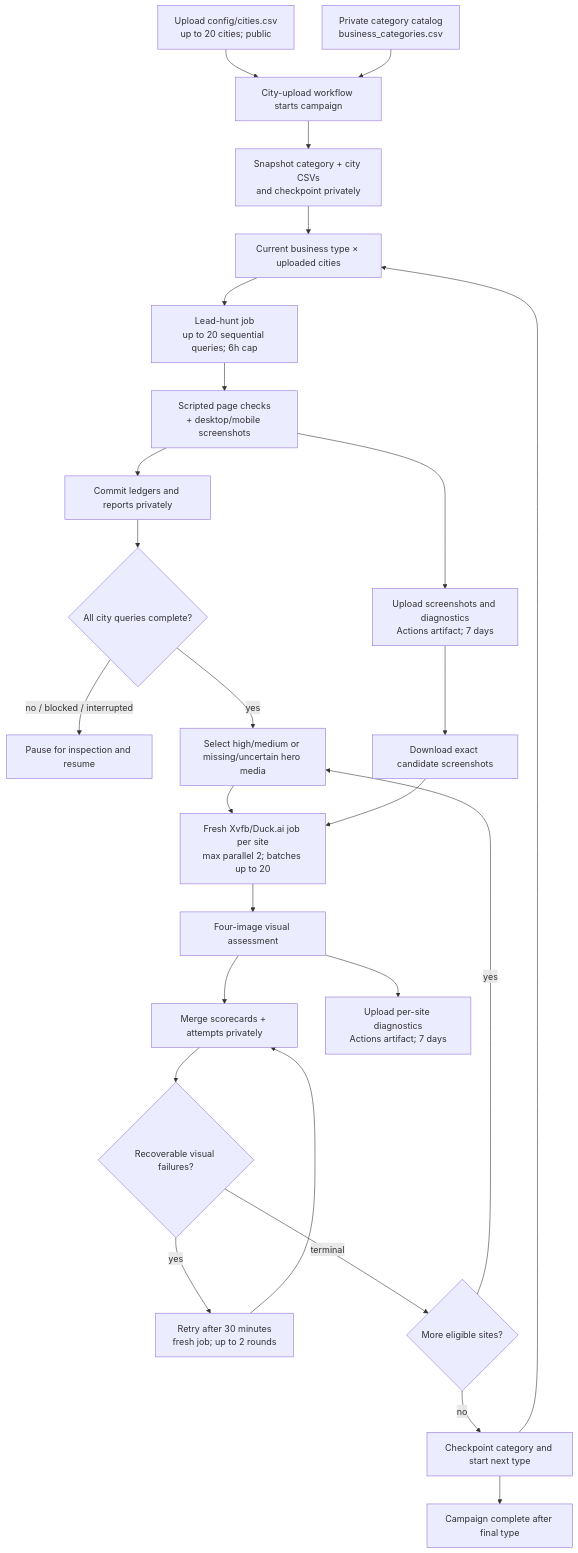
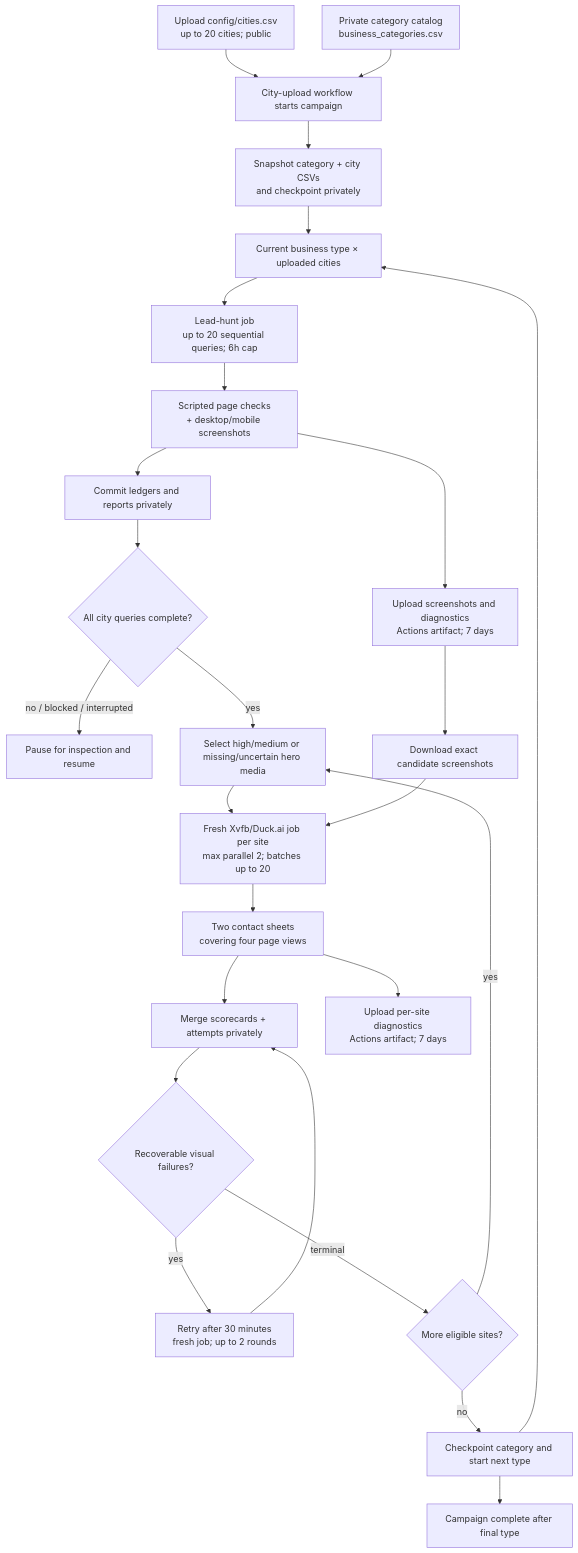
One commit to hometownredesignsites/website-lead-hunting changed the diagram in README.md. Above: the diagram before and after it, drawn with Mermaid. The commit also changed other lines of this file and 7 other files, not shown here.

Commit message:
Send Duck.ai two labeled screenshot sheets

````diff
--- a/README.md
+++ b/README.md
@@ -32,28 +32,28 @@
 ```mermaid
 flowchart TD
     A[Upload config/cities.csv<br/>up to 20 cities; public] --> B[City-upload workflow starts campaign]
     C[Private category catalog<br/>business_categories.csv] --> B
     B --> D[Snapshot category + city CSVs<br/>and checkpoint privately]
     D --> E[Current business type × uploaded cities]
     E --> F[Lead-hunt job<br/>up to 20 sequential queries; 6h cap]
     F --> G[Scripted page checks<br/>+ desktop/mobile screenshots]
     G --> H[Commit ledgers and reports privately]
     G --> I[Upload screenshots and diagnostics<br/>Actions artifact; 7 days]
     H --> J{All city queries complete?}
     J -- no / blocked / interrupted --> K[Pause for inspection and resume]
     J -- yes --> L[Select high/medium or missing/uncertain hero media]
     I --> M[Download exact candidate screenshots]
     L --> N[Fresh Xvfb/Duck.ai job per site<br/>max parallel 2; batches up to 20]
     M --> N
-    N --> O[Four-image visual assessment]
+    N --> O[Two contact sheets<br/>covering four page views]
     O --> P[Merge scorecards + attempts privately]
     O --> Q[Upload per-site diagnostics<br/>Actions artifact; 7 days]
     P --> R{Recoverable visual failures?}
     R -- yes --> S[Retry after 30 minutes<br/>fresh job; up to 2 rounds]
     S --> P
     R -- terminal --> T{More eligible sites?}
     T -- yes --> L
     T -- no --> U[Checkpoint category and start next type]
     U --> E
     U --> V[Campaign complete after final type]
 ```
````
